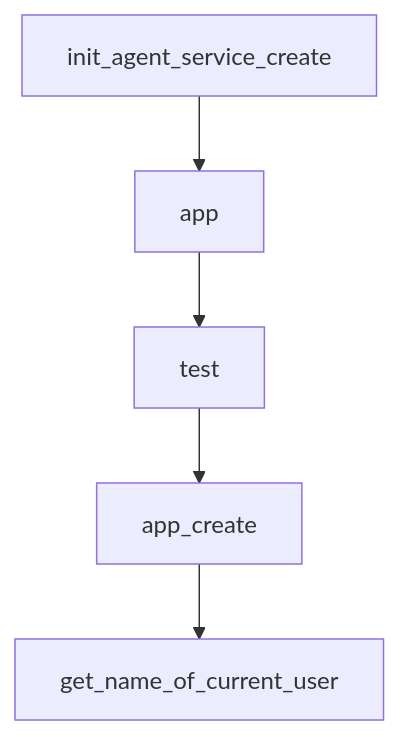
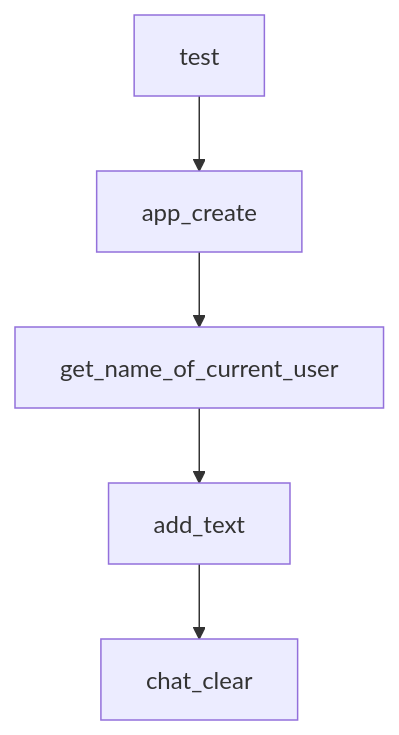
One commit to johnxie/awesome-code-docs changed the diagram in tutorials/qwen-agent-tutorial/02-framework-architecture-and-core-modules.md. Above: the diagram before and after it, drawn with Mermaid. The commit also changed other lines of this file and 1232 other files, not shown here.

````diff
--- a/tutorials/qwen-agent-tutorial/02-framework-architecture-and-core-modules.md
+++ b/tutorials/qwen-agent-tutorial/02-framework-architecture-and-core-modules.md
@@ -213,12 +211,12 @@
 ```mermaid
 flowchart TD
-    A[init_agent_service_create]
-    B[app]
-    C[test]
-    D[app_create]
-    E[get_name_of_current_user]
+    A[test]
+    B[app_create]
+    C[get_name_of_current_user]
+    D[add_text]
+    E[chat_clear]
     A --> B
     B --> C
     C --> D
     D --> E
 ```
````
